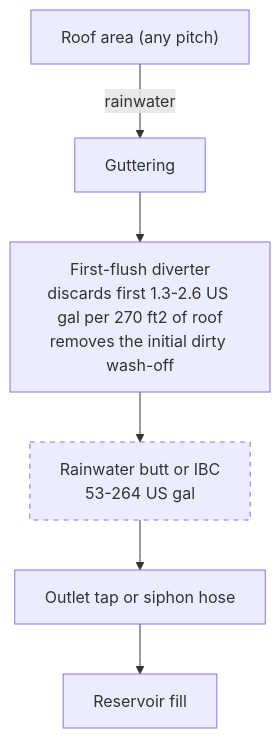
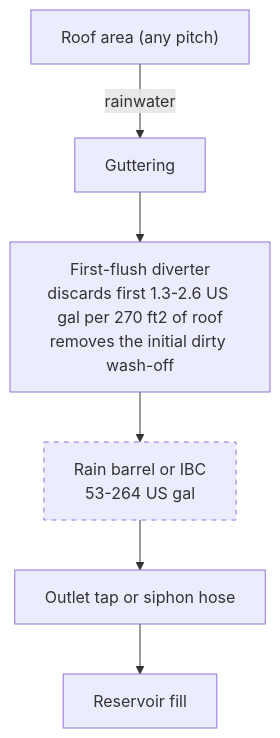
The diagram in guide/ebb-and-flow/03-water-quality.md (UncleJS/guide_hydroponics), drawn with Mermaid before and after one commit. The commit also changed 20 other files, not shown here.

````diff
--- a/guide/ebb-and-flow/03-water-quality.md
+++ b/guide/ebb-and-flow/03-water-quality.md
@@ -265,10 +265,10 @@
 ```mermaid
 flowchart TD
     A["Roof area (any pitch)"] -->|rainwater| B["Guttering"]
     B --> C["First-flush diverter<br/>discards first 1.3-2.6 US gal per 270 ft2 of roof<br/>removes the initial dirty wash-off"]
-    C --> D["Rainwater butt or IBC<br/>53-264 US gal"]
+    C --> D["Rain barrel or IBC<br/>53-264 US gal"]
     D --> E["Outlet tap or siphon hose"]
     E --> F["Reservoir fill"]
     D:::tank
     classDef tank stroke-dasharray: 5 5
 ```
````
